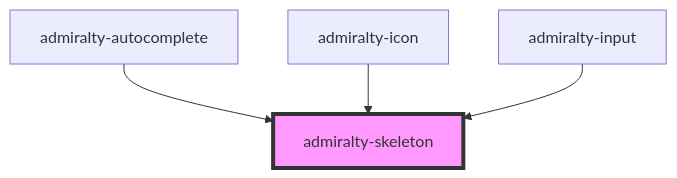
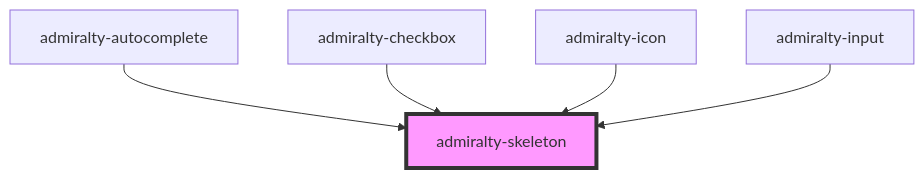
The diagram in packages/core/src/components/skeleton/readme.md (UKHO/admiralty-design-system), drawn with Mermaid before and after one commit. The commit also changed other lines of this file and 6 other files, not shown here.

Commit message:
feat: checkbox skeleton loading

````diff
--- a/packages/core/src/components/skeleton/readme.md
+++ b/packages/core/src/components/skeleton/readme.md
@@ -27,7 +28,8 @@
 ```mermaid
 graph TD;
   admiralty-autocomplete --> admiralty-skeleton
+  admiralty-checkbox --> admiralty-skeleton
   admiralty-icon --> admiralty-skeleton
   admiralty-input --> admiralty-skeleton
   style admiralty-skeleton fill:#f9f,stroke:#333,stroke-width:4px
 ```
````
